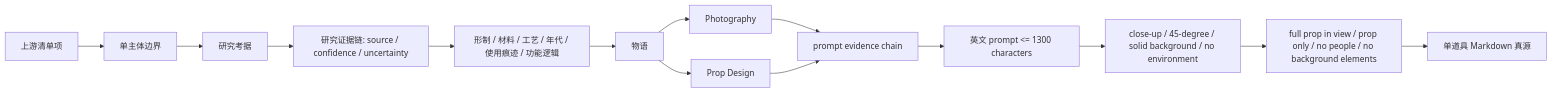
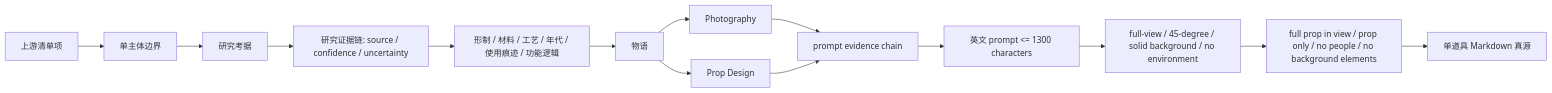
One commit to ZEN-VOID/AI-CUT changed the second of 3 diagrams in .agents/skills/aigc/7-设计/道具/2-设计/SKILL.md. Above: the diagram before and after it, drawn with Mermaid. The commit also changed other lines of this file and 209 other files, not shown here.

````diff
--- a/.agents/skills/aigc/7-设计/道具/2-设计/SKILL.md
+++ b/.agents/skills/aigc/7-设计/道具/2-设计/SKILL.md
@@ -120,16 +120,16 @@
 ```mermaid
 flowchart LR
     A["上游清单项"] --> B["单主体边界"]
     B --> C["研究考据"]
     C --> D["研究证据链: source / confidence / uncertainty"]
     D --> E["形制 / 材料 / 工艺 / 年代 / 使用痕迹 / 功能逻辑"]
     E --> F["物语"]
     F --> G["Photography"]
     F --> H["Prop Design"]
     G --> I["prompt evidence chain"]
     H --> I
     I --> J["英文 prompt <= 1300 characters"]
-    J --> K["close-up / 45-degree / solid background / no environment"]
+    J --> K["full-view / 45-degree / solid background / no environment"]
     K --> L["full prop in view / prop only / no people / no background elements"]
     L --> M["单道具 Markdown 真源"]
 ```
````
